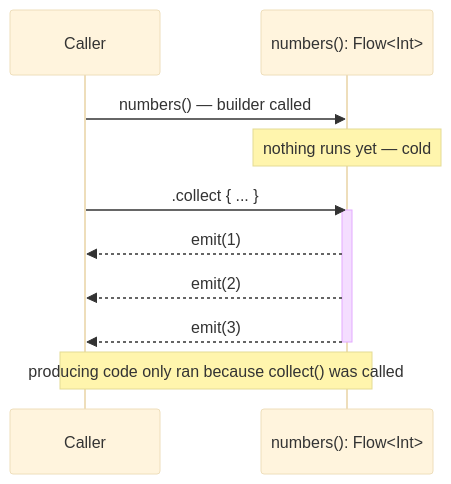
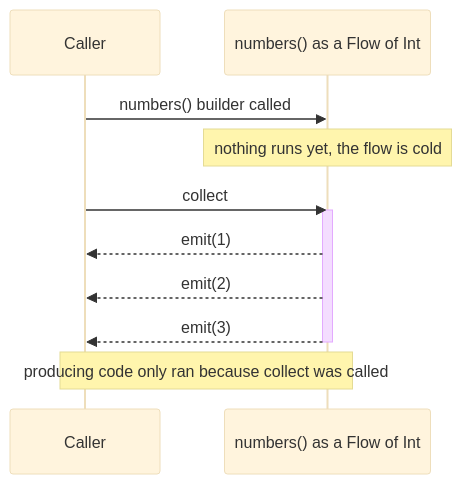
The first of 3 diagrams in modules/ROOT/pages/programming-languages/kotlin/flows.adoc (albertoirurueta/docs), drawn with Mermaid (base theme) before and after one commit. The commit also changed other lines of this file and 6182 other files, not shown here.

```diff
--- a/modules/ROOT/pages/programming-languages/kotlin/flows.adoc
+++ b/modules/ROOT/pages/programming-languages/kotlin/flows.adoc
@@ -38,15 +64,15 @@
 [mermaid]
 ....
 sequenceDiagram
     participant Caller
-    participant Flow as numbers(): Flow<Int>
-    Caller->>Flow: numbers() — builder called
-    Note over Flow: nothing runs yet — cold
-    Caller->>Flow: .collect { ... }
+    participant Flow as numbers() as a Flow of Int
+    Caller->>Flow: numbers() builder called
+    Note over Flow: nothing runs yet, the flow is cold
+    Caller->>Flow: collect
     activate Flow
     Flow-->>Caller: emit(1)
     Flow-->>Caller: emit(2)
     Flow-->>Caller: emit(3)
     deactivate Flow
-    Note over Caller,Flow: producing code only ran because collect() was called
+    Note over Caller,Flow: producing code only ran because collect was called
 ....
```
